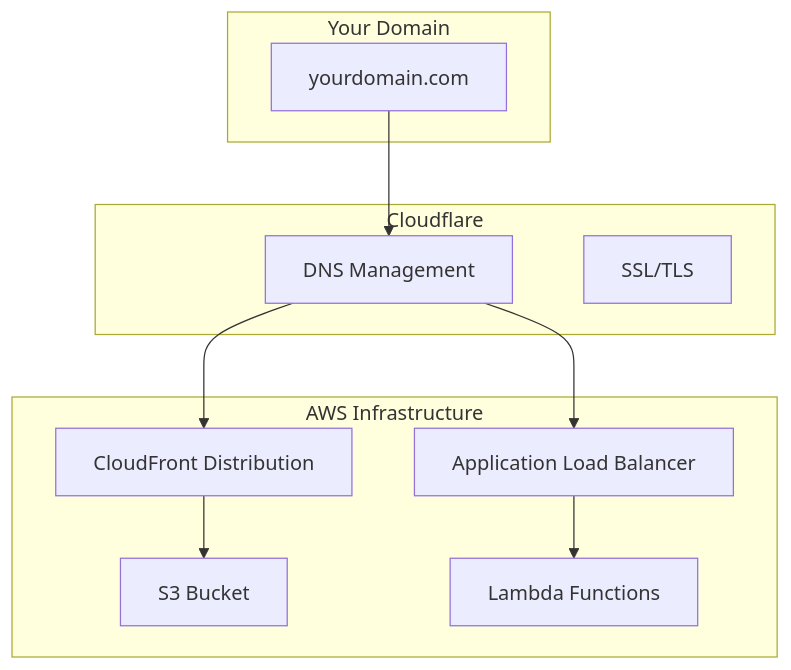
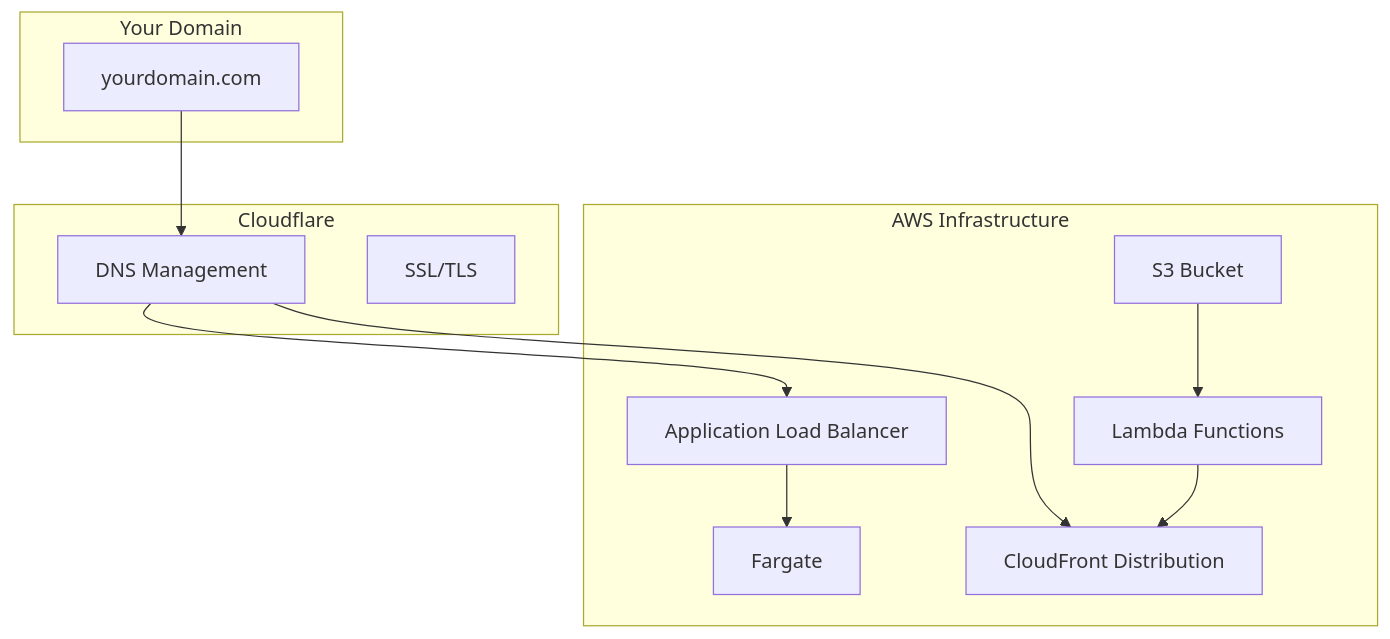
The diagram in app/providers/cloudflare-iac/page.mdx (Darna-Digital/OpenDeployments), drawn with Mermaid before and after one commit.

````diff
--- a/app/providers/cloudflare-iac/page.mdx
+++ b/app/providers/cloudflare-iac/page.mdx
@@ -11,26 +11,28 @@
 ```mermaid
 graph TB
     subgraph "AWS Infrastructure"
         ALB[Application Load Balancer]
         CF[CloudFront Distribution]
         S3[S3 Bucket]
         Lambda[Lambda Functions]
+        Fargate[Fargate]
     end
 
     subgraph "Cloudflare"
         DNS[DNS Management]
         SSL[SSL/TLS]
     end
 
     subgraph "Your Domain"
         Domain[yourdomain.com]
     end
 
     Domain --> DNS
     DNS --> ALB
     DNS --> CF
 
-    ALB --> Lambda
-    CF --> S3
+    Lambda --> CF
+    S3 --> Lambda
+    ALB --> Fargate
 
 ```
````
